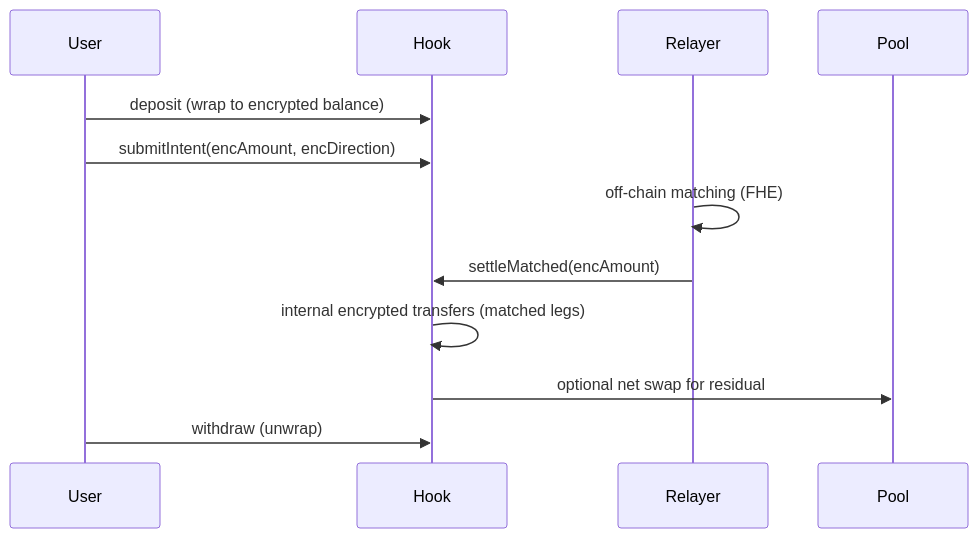
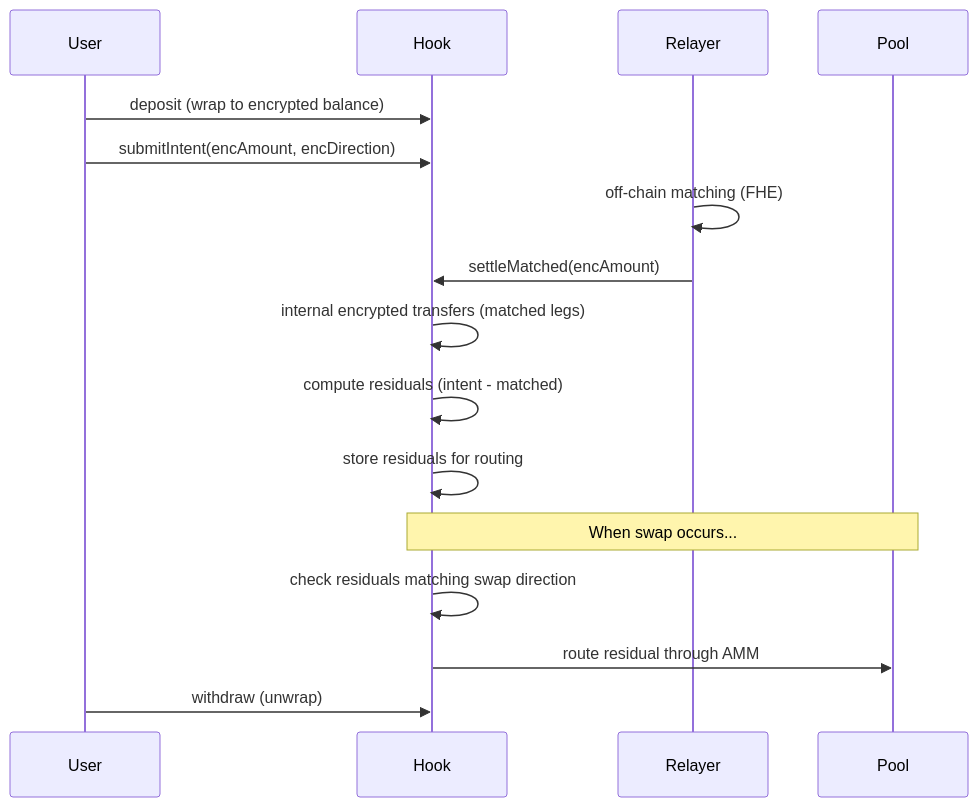
One commit to KHRAFTSng/PRIVACY-HOOK changed the second of 2 diagrams in README.md. Above: the diagram before and after it, drawn with Mermaid. The commit also changed other lines of this file, not shown here.

Commit message:
docs: improve README with accurate types, enhanced diagrams, and quick start

````diff
--- a/README.md
+++ b/README.md
@@ -51,14 +51,18 @@
 ```mermaid
 sequenceDiagram
     participant User
     participant Hook
     participant Relayer
     participant Pool
     User->>Hook: deposit (wrap to encrypted balance)
     User->>Hook: submitIntent(encAmount, encDirection)
     Relayer->>Relayer: off-chain matching (FHE)
     Relayer->>Hook: settleMatched(encAmount)
     Hook->>Hook: internal encrypted transfers (matched legs)
-    Hook->>Pool: optional net swap for residual
+    Hook->>Hook: compute residuals (intent - matched)
+    Hook->>Hook: store residuals for routing
+    Note over Hook,Pool: When swap occurs...
+    Hook->>Hook: check residuals matching swap direction
+    Hook->>Pool: route residual through AMM
     User->>Hook: withdraw (unwrap)
 ```
````
